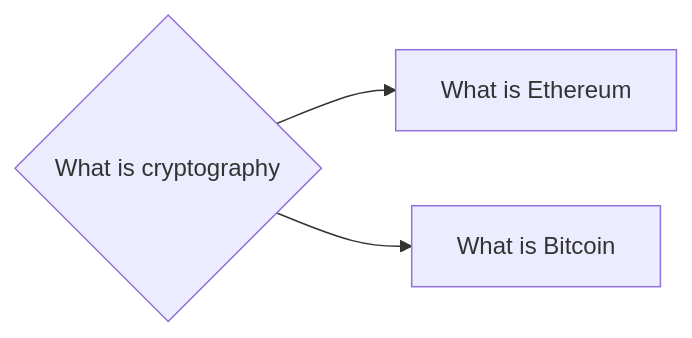
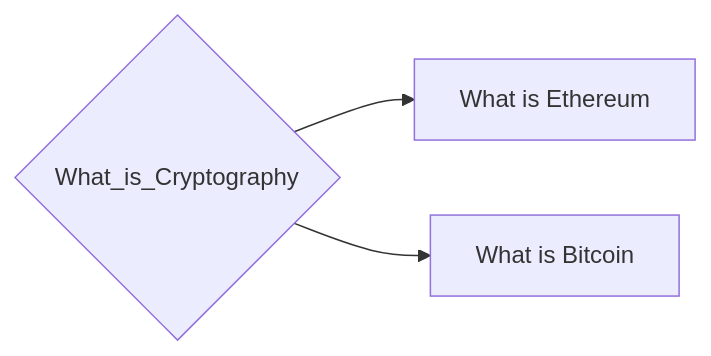
The diagram in notes/What_is_Cryptography.md (lpurdy01/crypto-knowledge-map), drawn with Mermaid before and after one commit. The commit also changed 161 other files, not shown here.

````diff
--- a/notes/What_is_Cryptography.md
+++ b/notes/What_is_Cryptography.md
@@ -6,5 +6,5 @@
 ```mermaid
 graph LR
-0{"What is cryptography"}-->1["What is Ethereum"]
-0{"What is cryptography"}-->2["What is Bitcoin"]
+0{"What_is_Cryptography"}-->1["What is Ethereum"]
+0{"What_is_Cryptography"}-->2["What is Bitcoin"]
 ```
````
